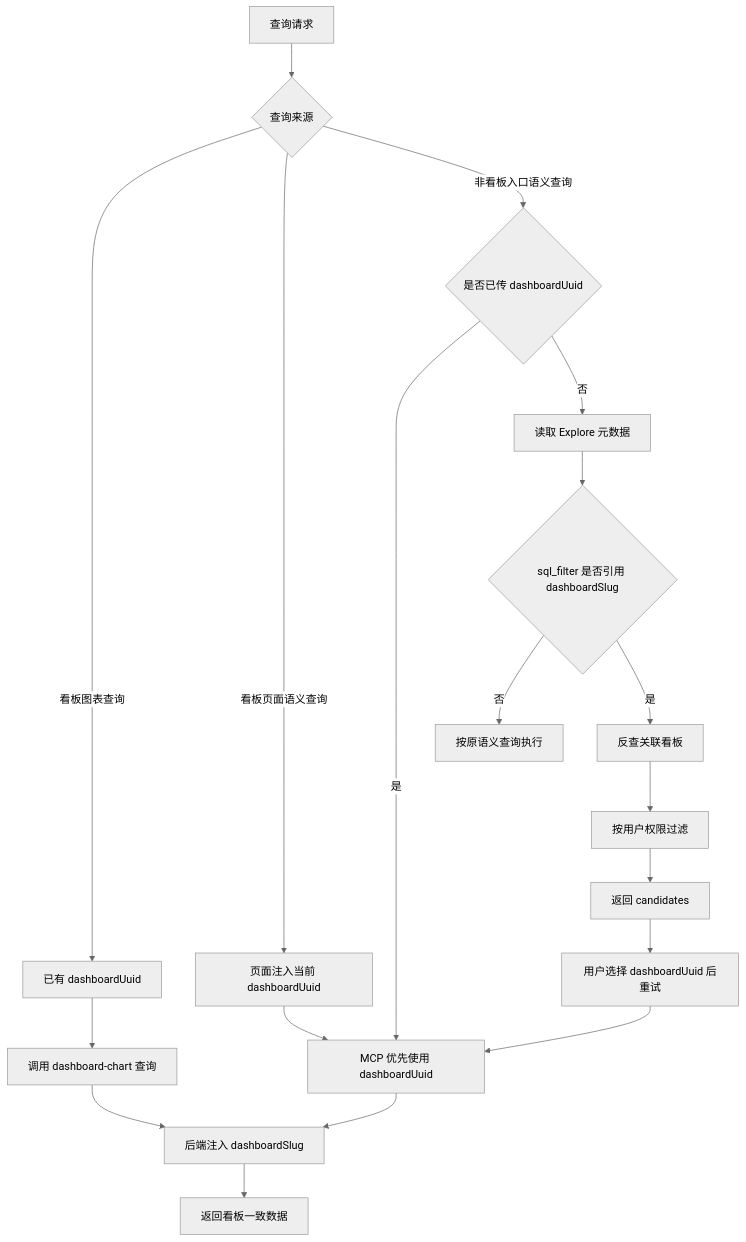
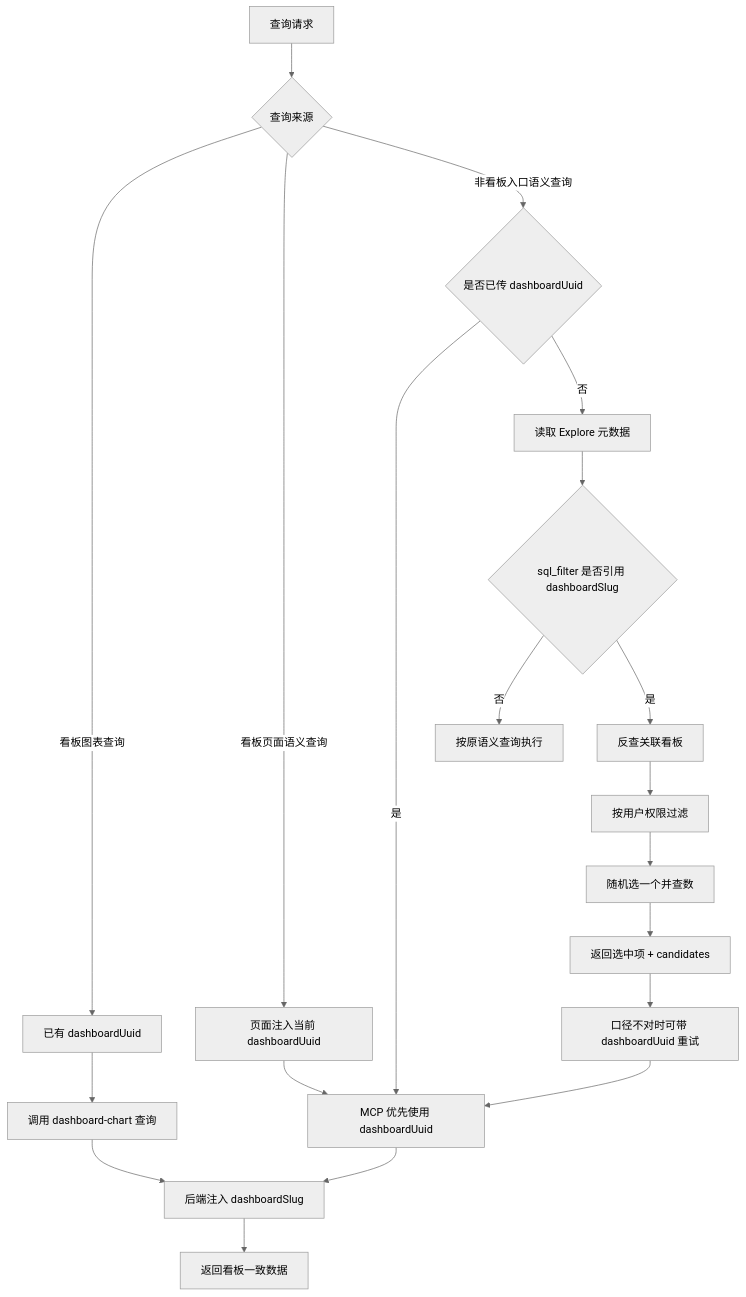
One commit to winwin-inc/lightdash-i18n changed the first of 2 diagrams in docs/mcp-dashboard-context.md. Above: the diagram before and after it, drawn with Mermaid (neutral theme). The commit also changed other lines of this file and 22 other files, not shown here.

````diff
--- a/docs/mcp-dashboard-context.md
+++ b/docs/mcp-dashboard-context.md
@@ -37,24 +38,25 @@
 ```mermaid
 flowchart TD
   start["查询请求"] --> queryType{"查询来源"}
 
   queryType -->|"看板图表查询"| dashboardTile["已有 dashboardUuid"]
   dashboardTile --> dashboardChart["调用 dashboard-chart 查询"]
   dashboardChart --> withSlug["后端注入 dashboardSlug"]
   withSlug --> resultOk["返回看板一致数据"]
 
   queryType -->|"看板页面语义查询"| pageInject["页面注入当前 dashboardUuid"]
   pageInject --> mcpUseUuid["MCP 优先使用 dashboardUuid"]
   mcpUseUuid --> withSlug
 
   queryType -->|"非看板入口语义查询"| hasUuid{"是否已传 dashboardUuid"}
   hasUuid -->|"是"| mcpUseUuid
   hasUuid -->|"否"| getExplore["读取 Explore 元数据"]
   getExplore --> hasFilter{"sql_filter 是否引用 dashboardSlug"}
   hasFilter -->|"否"| normalQuery["按原语义查询执行"]
   hasFilter -->|"是"| findDashboards["反查关联看板"]
   findDashboards --> permissionFilter["按用户权限过滤"]
-  permissionFilter --> chooseDashboard["返回 candidates"]
-  chooseDashboard --> retry["用户选择 dashboardUuid 后重试"]
+  permissionFilter --> pick["随机选一个并查数"]
+  pick --> echo["返回选中项 + candidates"]
+  echo --> retry["口径不对时可带 dashboardUuid 重试"]
   retry --> mcpUseUuid
 ```
````
